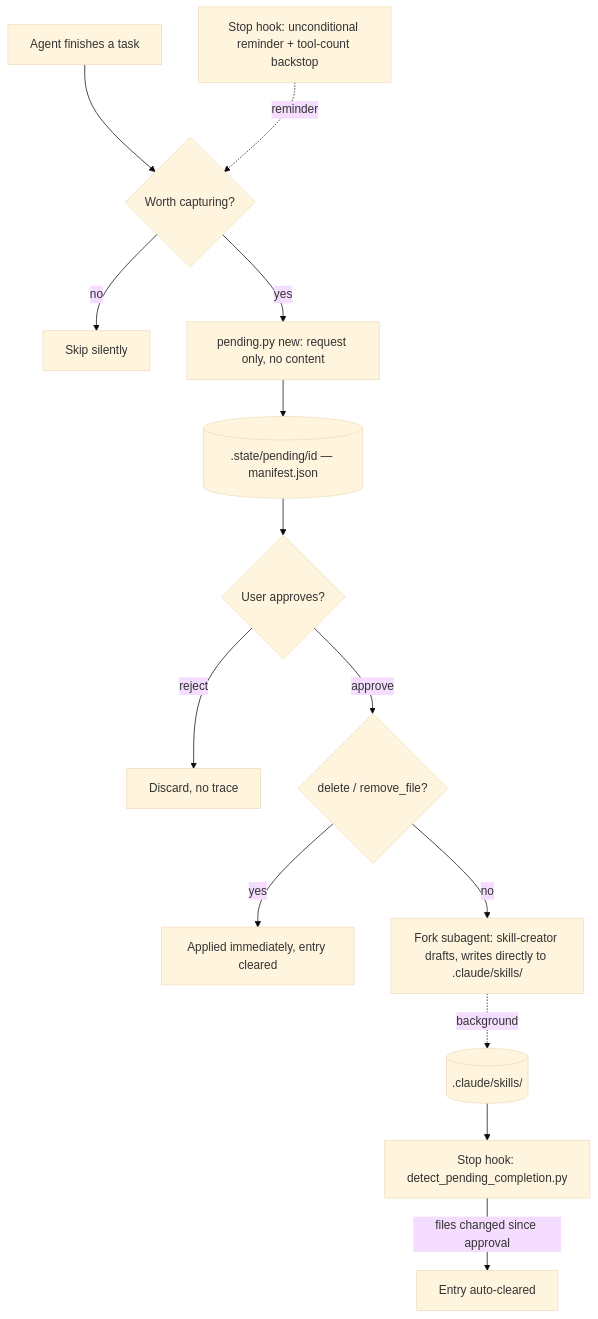
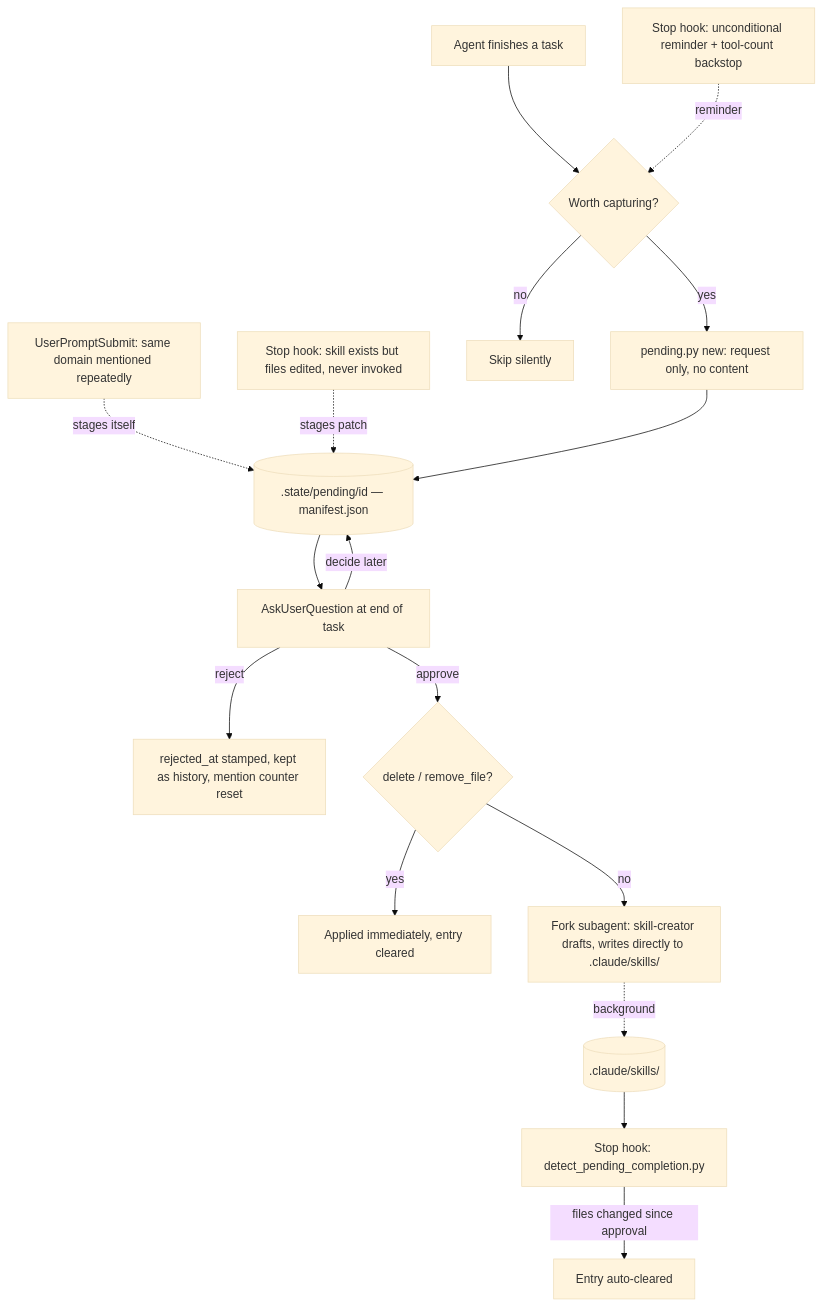
One commit to wagner-sousa/autodidact changed the diagram in README.md. Above: the diagram before and after it, drawn with Mermaid (base theme). The commit also changed other lines of this file and 6 other files, not shown here.

First line of the commit message:
feat: reject-without-delete, staleness detection, and list --all

````diff
--- a/README.md
+++ b/README.md
@@ -211,16 +216,19 @@
 ```mermaid
 graph TB
     Task[Agent finishes a task] --> Judge{Worth capturing?}
     Hook[Stop hook: unconditional reminder + tool-count backstop] -.reminder.-> Judge
+    Recur[UserPromptSubmit: same domain mentioned repeatedly] -.stages itself.-> Queue
+    Stale[Stop hook: skill exists but files edited, never invoked] -.stages patch.-> Queue
     Judge -- no --> Skip[Skip silently]
     Judge -- yes --> Stage[pending.py new: request only, no content]
     Stage --> Queue[(.state/pending/id — manifest.json)]
-    Queue --> Review{User approves?}
-    Review -- reject --> Discard[Discard, no trace]
-    Review -- approve --> Mechanical{delete / remove_file?}
+    Queue --> Ask[AskUserQuestion at end of task]
+    Ask -- decide later --> Queue
+    Ask -- reject --> Rejected[rejected_at stamped, kept as history, mention counter reset]
+    Ask -- approve --> Mechanical{delete / remove_file?}
     Mechanical -- yes --> Applied[Applied immediately, entry cleared]
     Mechanical -- no --> Fork[Fork subagent: skill-creator drafts, writes directly to .claude/skills/]
     Fork -.background.-> Skills[(.claude/skills/)]
     Skills --> Watch[Stop hook: detect_pending_completion.py]
     Watch -- files changed since approval --> Cleared[Entry auto-cleared]
 ```
````
